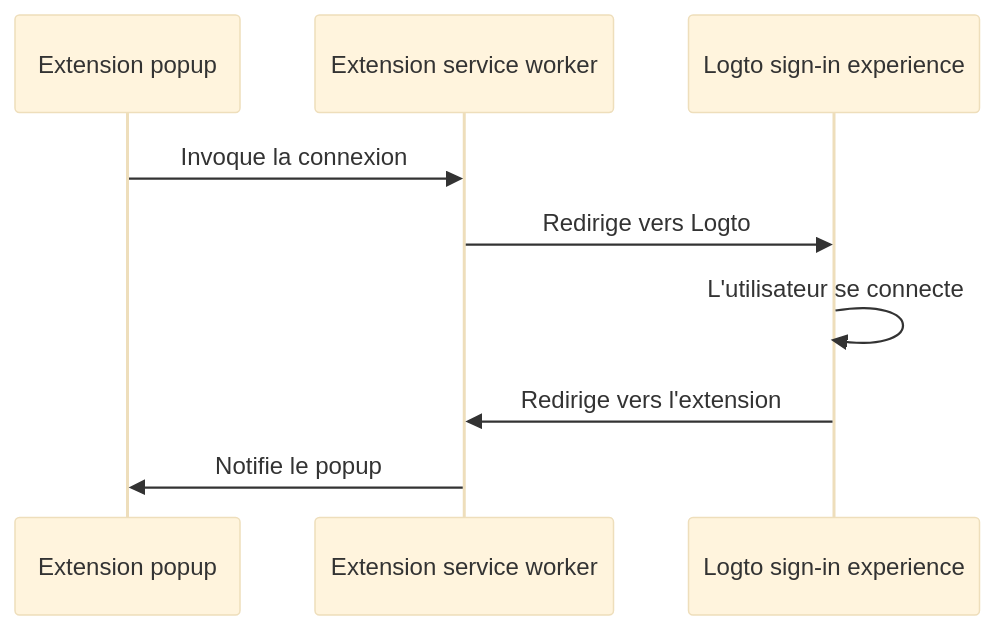
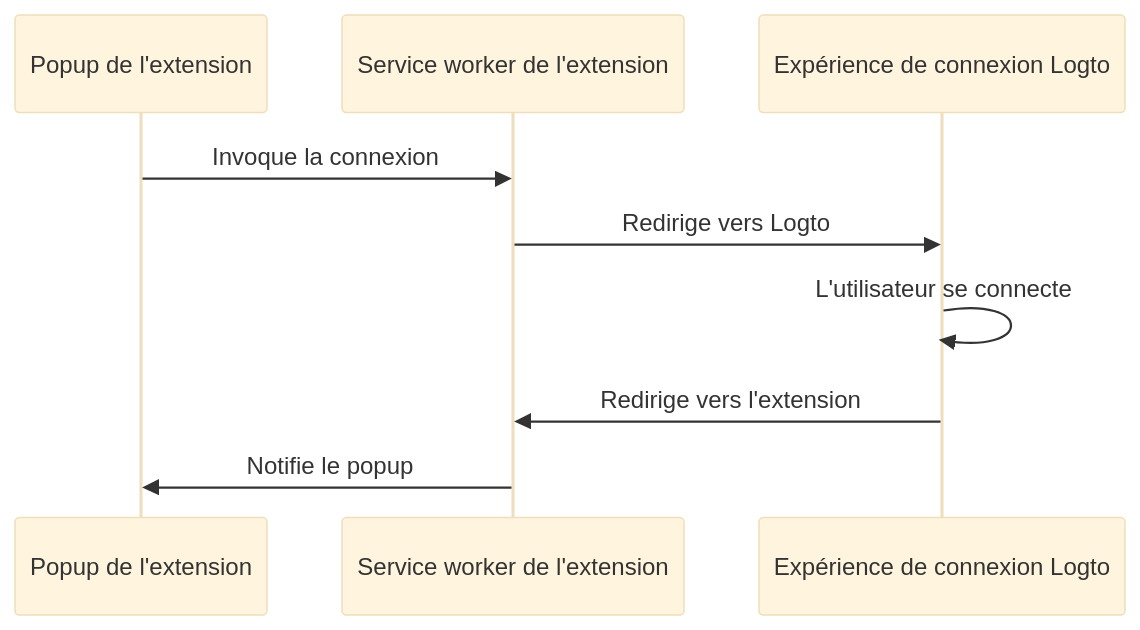
The diagram in i18n/fr/docusaurus-plugin-content-docs/current/quick-starts/framework/chrome-extension/_integration.mdx (logto-io/docs), drawn with Mermaid (base theme) before and after one commit. The commit also changed other lines of this file and 2629 other files, not shown here.

````diff
--- a/i18n/fr/docusaurus-plugin-content-docs/current/quick-starts/framework/chrome-extension/_integration.mdx
+++ b/i18n/fr/docusaurus-plugin-content-docs/current/quick-starts/framework/chrome-extension/_integration.mdx
@@ -7,12 +9,12 @@
 ```mermaid
 sequenceDiagram
-  participant A as Extension popup
-  participant B as Extension service worker
-  participant C as Logto sign-in experience
+  participant A as Popup de l'extension
+  participant B as Service worker de l'extension
+  participant C as Expérience de connexion Logto
 
   A->>B: Invoque la connexion
   B->>C: Redirige vers Logto
   C->>C: L'utilisateur se connecte
   C->>B: Redirige vers l'extension
   B->>A: Notifie le popup
 ```
````
